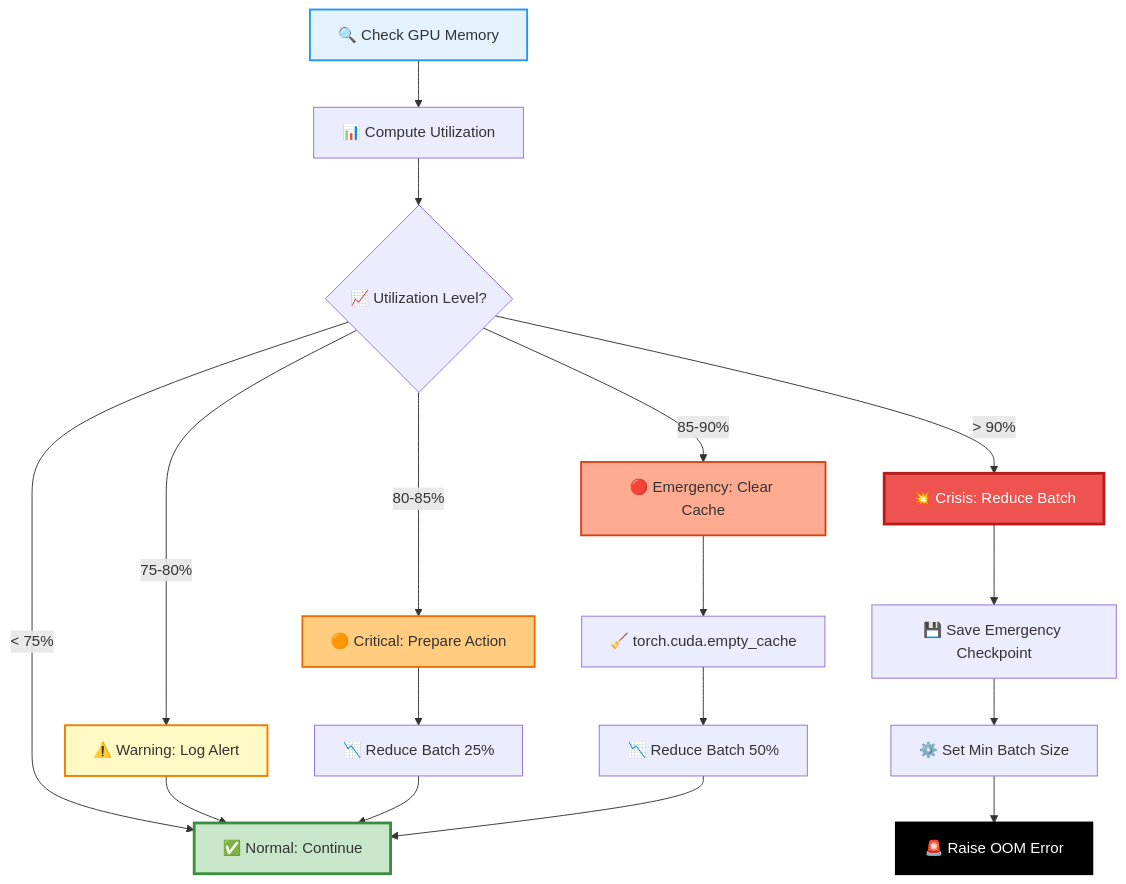
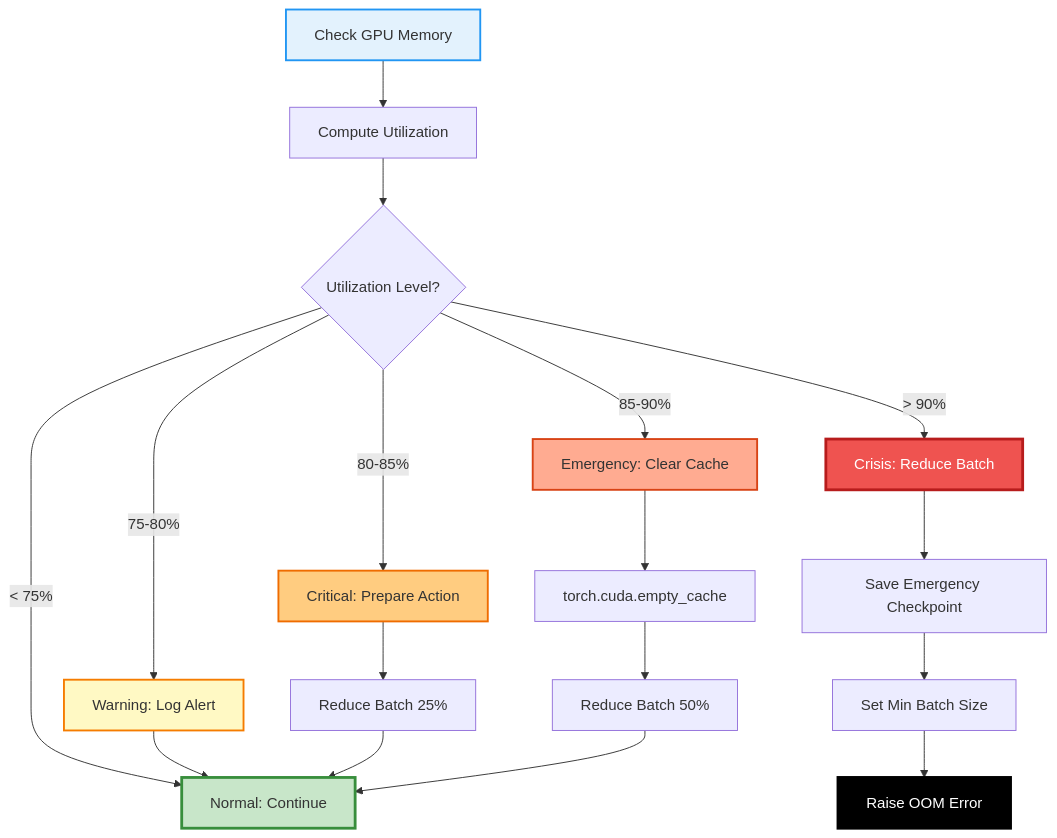
Before and after one commit to Pizzaman213/Ava_AI: the ninth of 23 diagrams in code/docs/FLOWCHARTS_VISUAL.md, drawn with Mermaid. The commit also changed other lines of this file and 215 other files, not shown here.

````diff
--- a/code/docs/FLOWCHARTS_VISUAL.md
+++ b/code/docs/FLOWCHARTS_VISUAL.md
@@ -269,29 +269,29 @@
 ```mermaid
 graph TD
-    A[🔍 Check GPU Memory] --> B[📊 Compute Utilization]
-    B --> C{📈 Utilization Level?}
+    A[ Check GPU Memory] --> B[ Compute Utilization]
+    B --> C{ Utilization Level?}
 
-    C -->|< 75%| D[✅ Normal: Continue]
-    C -->|75-80%| E[⚠️ Warning: Log Alert]
-    C -->|80-85%| F[🟠 Critical: Prepare Action]
-    C -->|85-90%| G[🔴 Emergency: Clear Cache]
-    C -->|> 90%| H[💥 Crisis: Reduce Batch]
+    C -->|< 75%| D[ Normal: Continue]
+    C -->|75-80%| E[ Warning: Log Alert]
+    C -->|80-85%| F[ Critical: Prepare Action]
+    C -->|85-90%| G[ Emergency: Clear Cache]
+    C -->|> 90%| H[ Crisis: Reduce Batch]
 
     E --> D
-    F --> I[📉 Reduce Batch 25%]
+    F --> I[ Reduce Batch 25%]
     I --> D
-    G --> J[🧹 torch.cuda.empty_cache]
-    J --> K[📉 Reduce Batch 50%]
+    G --> J[ torch.cuda.empty_cache]
+    J --> K[ Reduce Batch 50%]
     K --> D
-    H --> L[💾 Save Emergency Checkpoint]
-    L --> M[⚙️ Set Min Batch Size]
-    M --> N[🚨 Raise OOM Error]
+    H --> L[ Save Emergency Checkpoint]
+    L --> M[ Set Min Batch Size]
+    M --> N[ Raise OOM Error]
 
     style A fill:#E3F2FD,stroke:#2196F3,stroke-width:2px
     style D fill:#C8E6C9,stroke:#388E3C,stroke-width:3px
     style E fill:#FFF9C4,stroke:#F57C00,stroke-width:2px
     style F fill:#FFCC80,stroke:#EF6C00,stroke-width:2px
     style G fill:#FFAB91,stroke:#D84315,stroke-width:2px
     style H fill:#EF5350,stroke:#B71C1C,stroke-width:3px,color:#fff
     style N fill:#000,stroke:#000,stroke-width:3px,color:#fff
 ```
````
